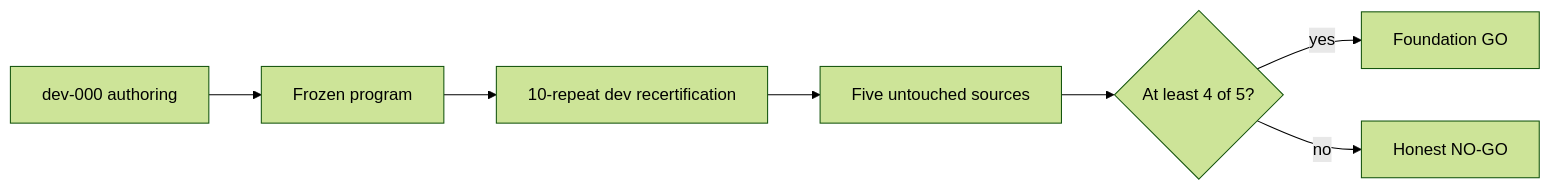
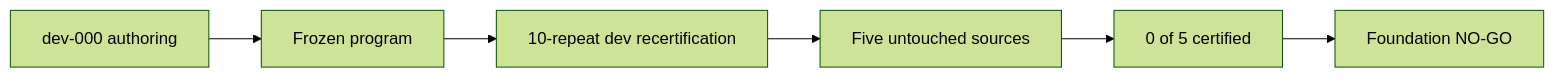
One commit to hanshuo-shuo/RoboCasa365_crash_bench changed the diagram in docs/robocasa_foundation/STATUS.md. Above: the diagram before and after it, drawn with Mermaid (forest theme). The commit also changed other lines of this file and 2 other files, not shown here.

Commit message:
docs: close out semantic foundation no-go

````diff
--- a/docs/robocasa_foundation/STATUS.md
+++ b/docs/robocasa_foundation/STATUS.md
@@ -18,9 +18,8 @@
 ```mermaid
 flowchart LR
     D[dev-000 authoring] --> F[Frozen program]
     F --> R[10-repeat dev recertification]
     R --> S[Five untouched sources]
-    S --> G{At least 4 of 5?}
-    G -->|yes| GO[Foundation GO]
-    G -->|no| NG[Honest NO-GO]
+    S --> N[0 of 5 certified]
+    N --> NG[Foundation NO-GO]
 ```
````
